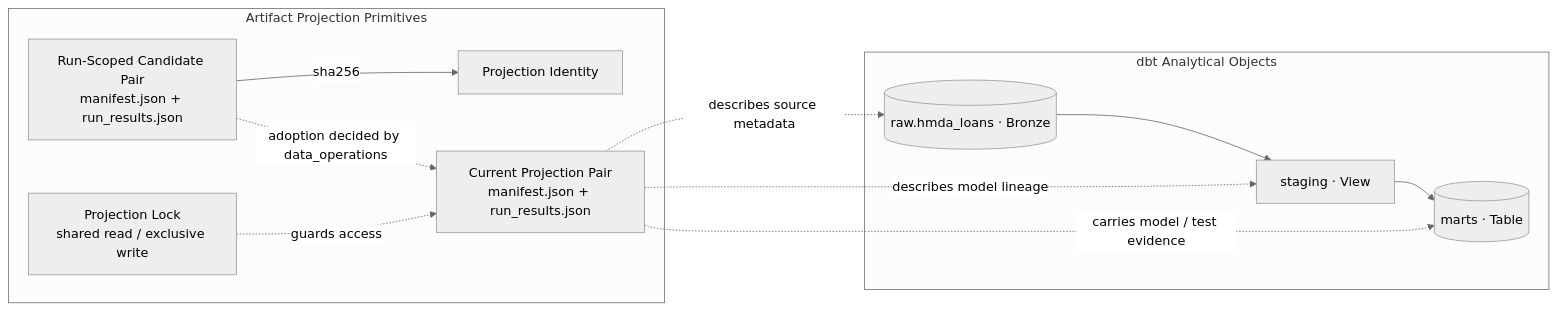
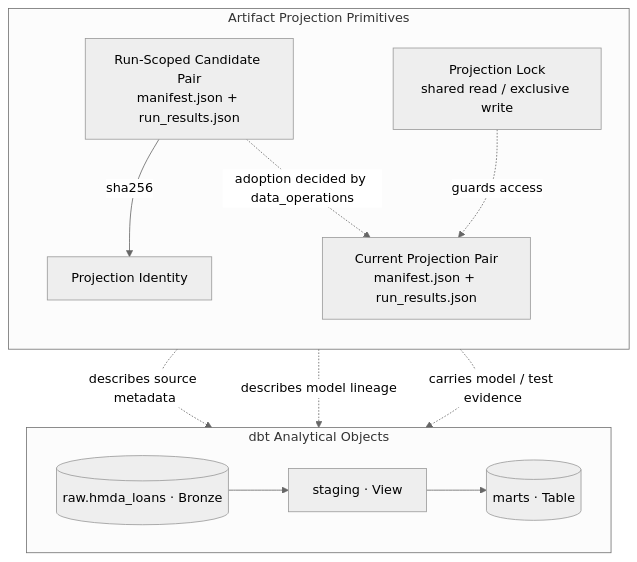
Before and after one commit to mols3131d/hmda-data-reliability: the diagram in docs/domains/data-platform.md, drawn with Mermaid (neutral theme).

Commit message:
docs: compact data platform mermaid layout

````diff
--- a/docs/domains/data-platform.md
+++ b/docs/domains/data-platform.md
@@ -19,16 +19,18 @@
 ```mermaid
-flowchart LR
+flowchart TB
     subgraph analytical_state ["dbt Analytical Objects"]
+        direction LR
         bronze[("raw.hmda_loans · Bronze")] --> staging["staging · View"] --> mart[("marts · Table")]
     end
 
     subgraph projection ["Artifact Projection Primitives"]
+        direction TB
         candidate["Run-Scoped Candidate Pair<br/>manifest.json + run_results.json"] -->|sha256| identity["Projection Identity"]
         candidate -.->|adoption decided by data_operations| current["Current Projection Pair<br/>manifest.json + run_results.json"]
         lock["Projection Lock<br/>shared read / exclusive write"] -.->|guards access| current
     end
 
     current -.->|describes source metadata| bronze
     current -.->|describes model lineage| staging
     current -.->|carries model / test evidence| mart
 ```
````
